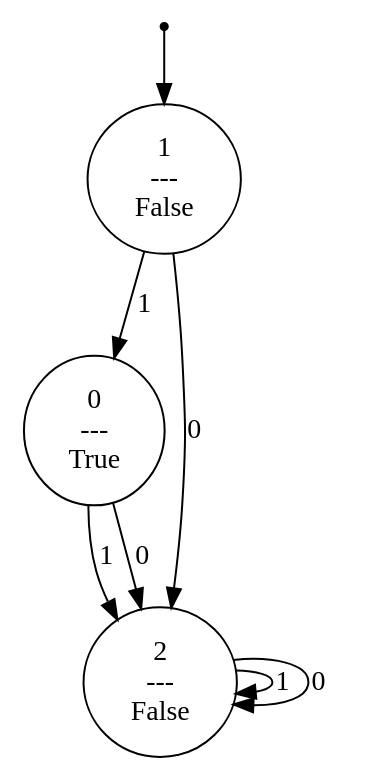
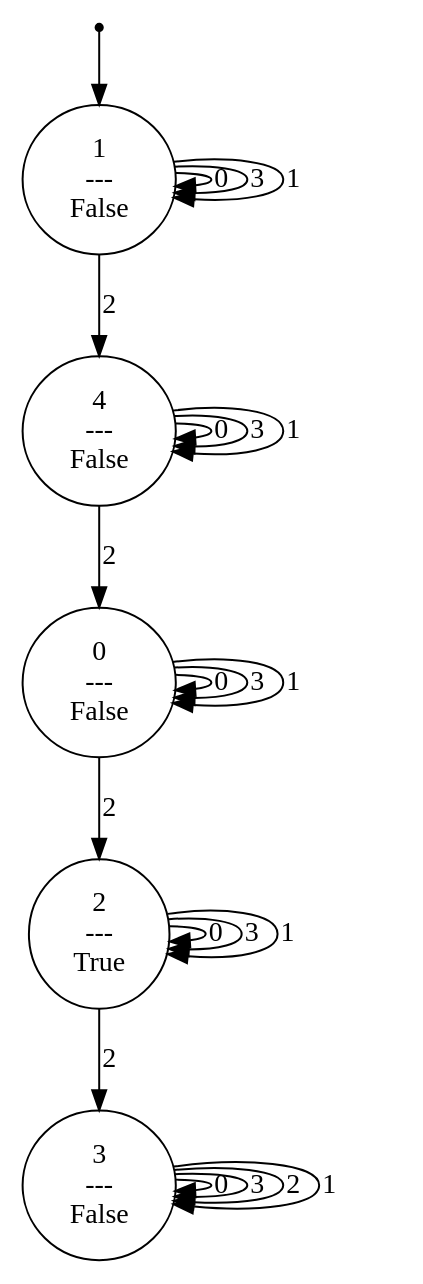
One commit to srnapls/history-rewards-for-pomdps changed the diagram in code/dot/m4.dot. Above: the diagram before and after it, drawn with Graphviz. The commit also changed 17 other files, not shown here.

```diff
--- a/code/dot/m4.dot
+++ b/code/dot/m4.dot
@@ -1,13 +1,29 @@
 digraph G {
 0 [label="", shape=point];
 0 -> 2;
-1 [label="0\n---\nTrue"];
-1 -> 3  [label=1];
-1 -> 3  [label=0];
+1 [label="0\n---\nFalse"];
+1 -> 1  [label=0];
+1 -> 1  [label=3];
+1 -> 3  [label=2];
+1 -> 1  [label=1];
 2 [label="1\n---\nFalse"];
-2 -> 1  [label=1];
-2 -> 3  [label=0];
-3 [label="2\n---\nFalse"];
+2 -> 2  [label=0];
+2 -> 2  [label=3];
+2 -> 5  [label=2];
+2 -> 2  [label=1];
+3 [label="2\n---\nTrue"];
+3 -> 3  [label=0];
+3 -> 3  [label=3];
+3 -> 4  [label=2];
 3 -> 3  [label=1];
-3 -> 3  [label=0];
+4 [label="3\n---\nFalse"];
+4 -> 4  [label=0];
+4 -> 4  [label=3];
+4 -> 4  [label=2];
+4 -> 4  [label=1];
+5 [label="4\n---\nFalse"];
+5 -> 5  [label=0];
+5 -> 5  [label=3];
+5 -> 1  [label=2];
+5 -> 5  [label=1];
 }
```
